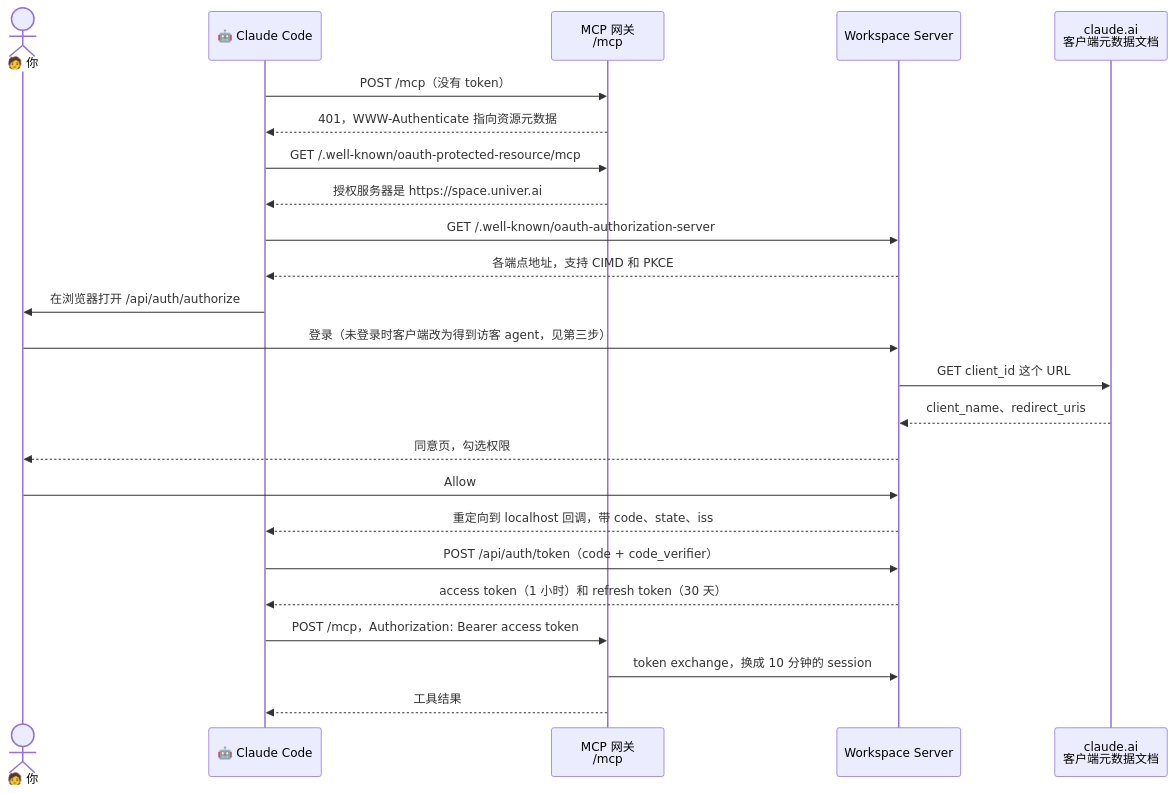
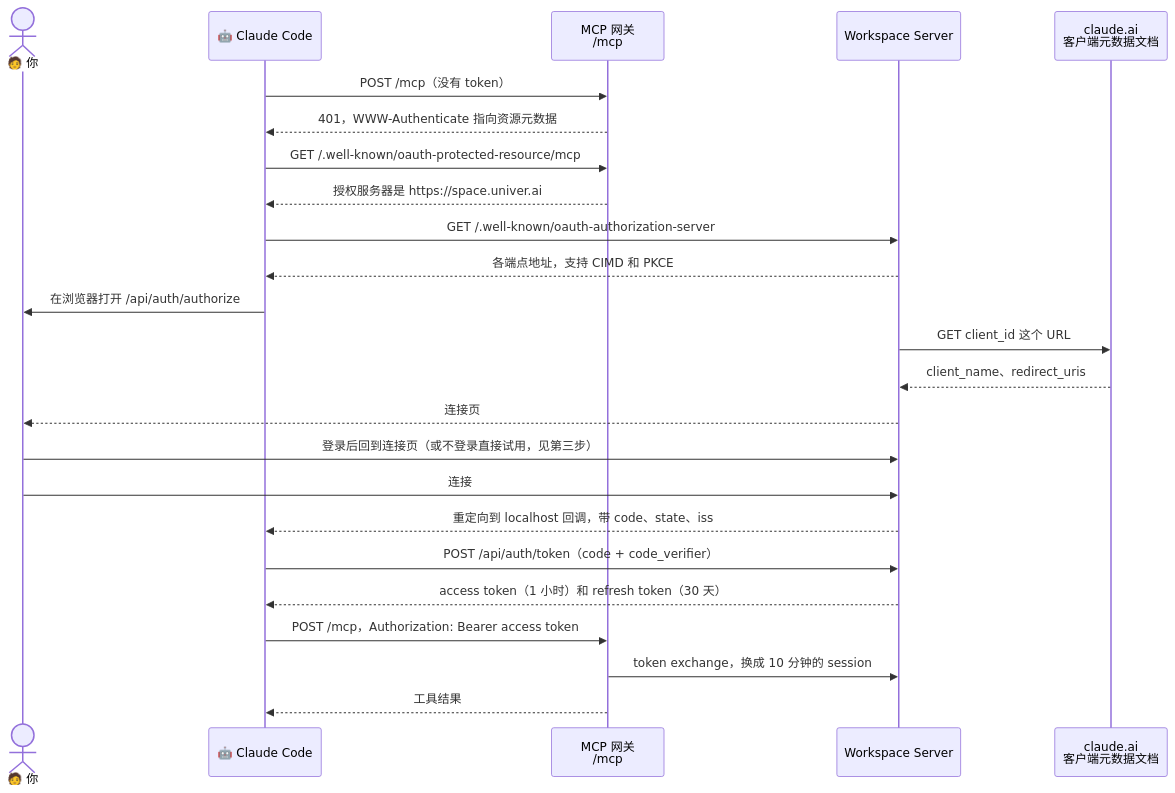
One commit to dream-num/univer-workspace changed the diagram in docs/agent-sign-in.zh-CN.md. Above: the diagram before and after it, drawn with Mermaid. The commit also changed other lines of this file and 19 other files, not shown here.

````diff
--- a/docs/agent-sign-in.zh-CN.md
+++ b/docs/agent-sign-in.zh-CN.md
@@ -40,26 +40,26 @@
 ```mermaid
 sequenceDiagram
     actor U as 🧑 你
     participant C as 🤖 Claude Code
     participant G as MCP 网关<br/>/mcp
     participant W as Workspace Server
     participant D as claude.ai<br/>客户端元数据文档
     C->>G: POST /mcp（没有 token）
     G-->>C: 401，WWW-Authenticate 指向资源元数据
     C->>G: GET /.well-known/oauth-protected-resource/mcp
     G-->>C: 授权服务器是 https://space.univer.ai
     C->>W: GET /.well-known/oauth-authorization-server
     W-->>C: 各端点地址，支持 CIMD 和 PKCE
     C->>U: 在浏览器打开 /api/auth/authorize
-    U->>W: 登录（未登录时客户端改为得到访客 agent，见第三步）
     W->>D: GET client_id 这个 URL
     D-->>W: client_name、redirect_uris
-    W-->>U: 同意页，勾选权限
-    U->>W: Allow
+    W-->>U: 连接页
+    U->>W: 登录后回到连接页（或不登录直接试用，见第三步）
+    U->>W: 连接
     W-->>C: 重定向到 localhost 回调，带 code、state、iss
     C->>W: POST /api/auth/token（code + code_verifier）
     W-->>C: access token（1 小时）和 refresh token（30 天）
     C->>G: POST /mcp，Authorization: Bearer access token
     G->>W: token exchange，换成 10 分钟的 session
     G-->>C: 工具结果
 ```
````
